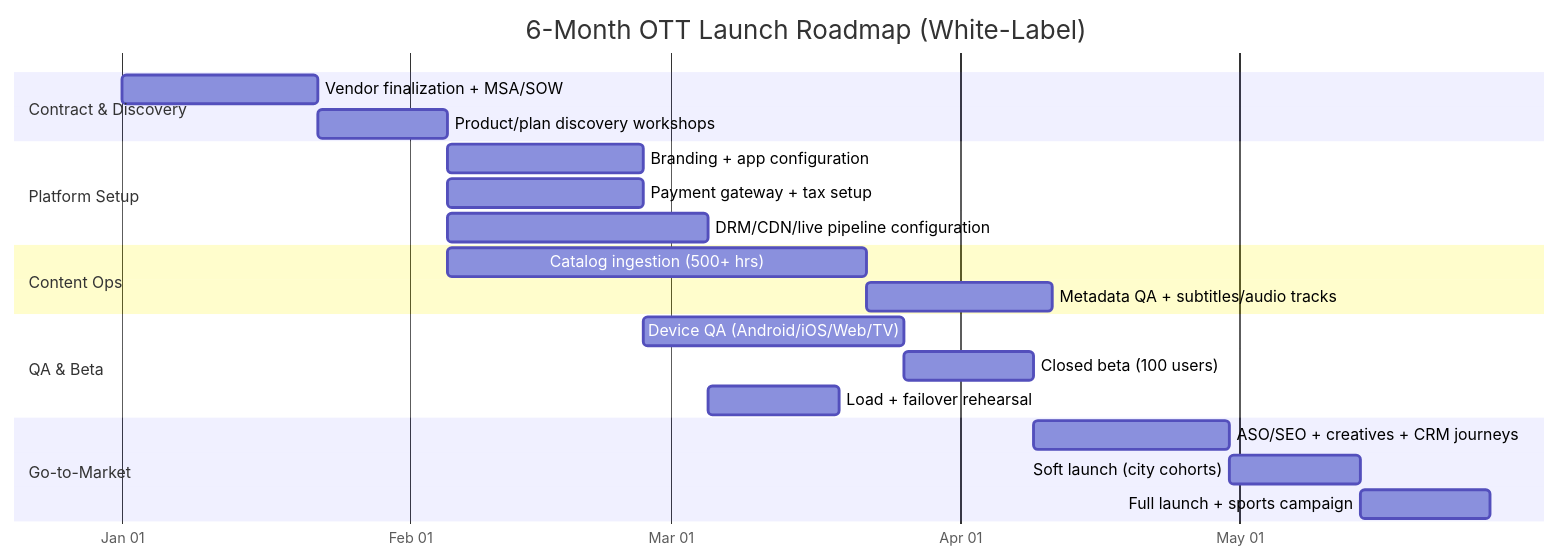
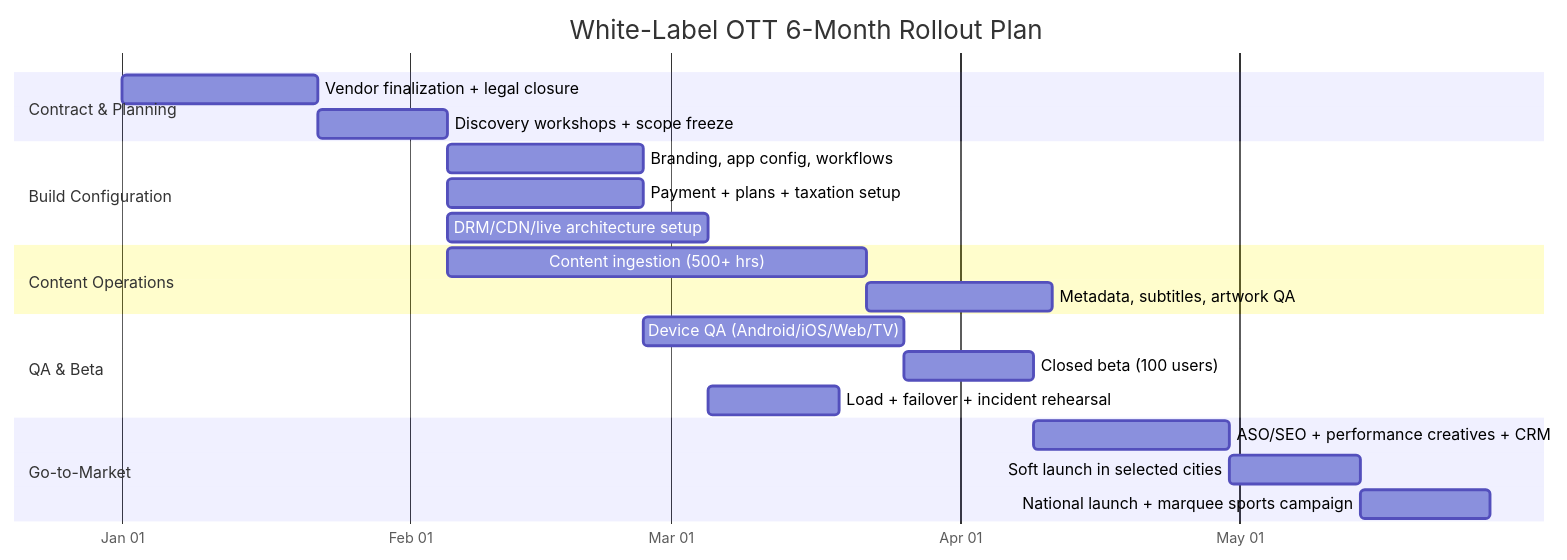
The diagram in docs/hotstar-white-label-plan-2026.md (shamvfx2026/cookie-editor), drawn with Mermaid before and after one commit. The commit also changed other lines of this file, not shown here.

Commit message:
Revise OTT launch plan with execution-focused founder playbook

````diff
--- a/docs/hotstar-white-label-plan-2026.md
+++ b/docs/hotstar-white-label-plan-2026.md
@@ -196,29 +239,29 @@
 ```mermaid
 gantt
-    title 6-Month OTT Launch Roadmap (White-Label)
+    title White-Label OTT 6-Month Rollout Plan
     dateFormat  YYYY-MM-DD
     axisFormat  %b %d
 
-    section Contract & Discovery
-    Vendor finalization + MSA/SOW        :a1, 2026-01-01, 21d
-    Product/plan discovery workshops      :a2, after a1, 14d
+    section Contract & Planning
+    Vendor finalization + legal closure         :a1, 2026-01-01, 21d
+    Discovery workshops + scope freeze          :a2, after a1, 14d
 
-    section Platform Setup
-    Branding + app configuration          :b1, after a2, 21d
-    Payment gateway + tax setup           :b2, after a2, 21d
-    DRM/CDN/live pipeline configuration   :b3, after a2, 28d
+    section Build Configuration
+    Branding, app config, workflows             :b1, after a2, 21d
+    Payment + plans + taxation setup            :b2, after a2, 21d
+    DRM/CDN/live architecture setup             :b3, after a2, 28d
 
-    section Content Ops
-    Catalog ingestion (500+ hrs)          :c1, after a2, 45d
-    Metadata QA + subtitles/audio tracks  :c2, after c1, 20d
+    section Content Operations
+    Content ingestion (500+ hrs)                :c1, after a2, 45d
+    Metadata, subtitles, artwork QA             :c2, after c1, 20d
 
     section QA & Beta
-    Device QA (Android/iOS/Web/TV)        :d1, after b1, 28d
-    Closed beta (100 users)               :d2, after d1, 14d
-    Load + failover rehearsal             :d3, after b3, 14d
+    Device QA (Android/iOS/Web/TV)              :d1, after b1, 28d
+    Closed beta (100 users)                     :d2, after d1, 14d
+    Load + failover + incident rehearsal        :d3, after b3, 14d
 
     section Go-to-Market
-    ASO/SEO + creatives + CRM journeys    :e1, after d2, 21d
-    Soft launch (city cohorts)            :e2, after e1, 14d
-    Full launch + sports campaign         :e3, after e2, 14d
+    ASO/SEO + performance creatives + CRM       :e1, after d2, 21d
+    Soft launch in selected cities              :e2, after e1, 14d
+    National launch + marquee sports campaign   :e3, after e2, 14d
 ```
````
